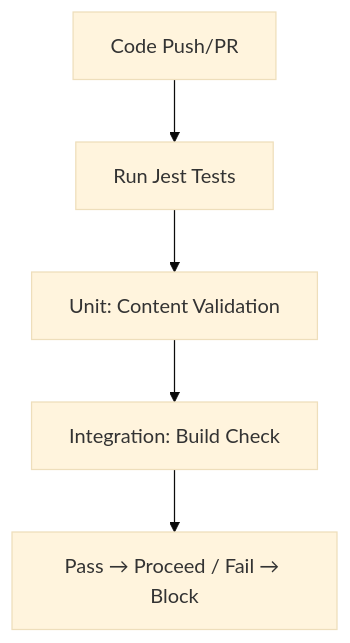
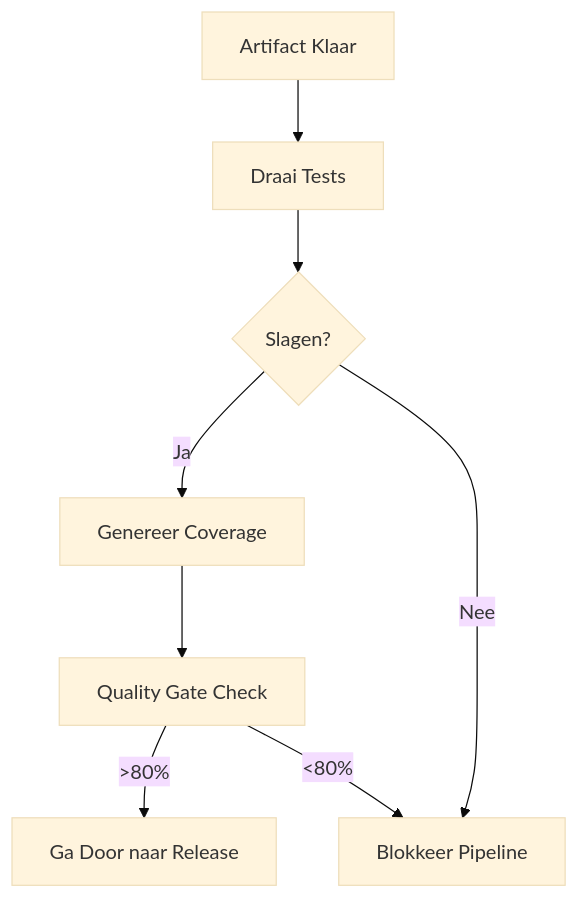
One commit to JonasCruzMartinez/devops-workshop-vitepress changed the diagram in docs/theory/test.md. Above: the diagram before and after it, drawn with Mermaid (base theme). The commit also changed other lines of this file and 25 other files, not shown here.

````diff
--- a/docs/theory/test.md
+++ b/docs/theory/test.md
@@ -14,7 +68,10 @@
 ```mermaid
 graph TD
-  A[Code Push/PR] --> B[Run Jest Tests]
-  B --> C[Unit: Content Validation]
-  C --> D[Integration: Build Check]
-  D --> E[Pass → Proceed / Fail → Block]
+  A[Artifact Klaar] --> B[Draai Tests]
+  B --> C{Slagen?}
+  C -->|Ja| D[Genereer Coverage]
+  C -->|Nee| E[Blokkeer Pipeline]
+  D --> F[Quality Gate Check]
+  F -->|>80%| G[Ga Door naar Release]
+  F -->|<80%| E
 ```
````
